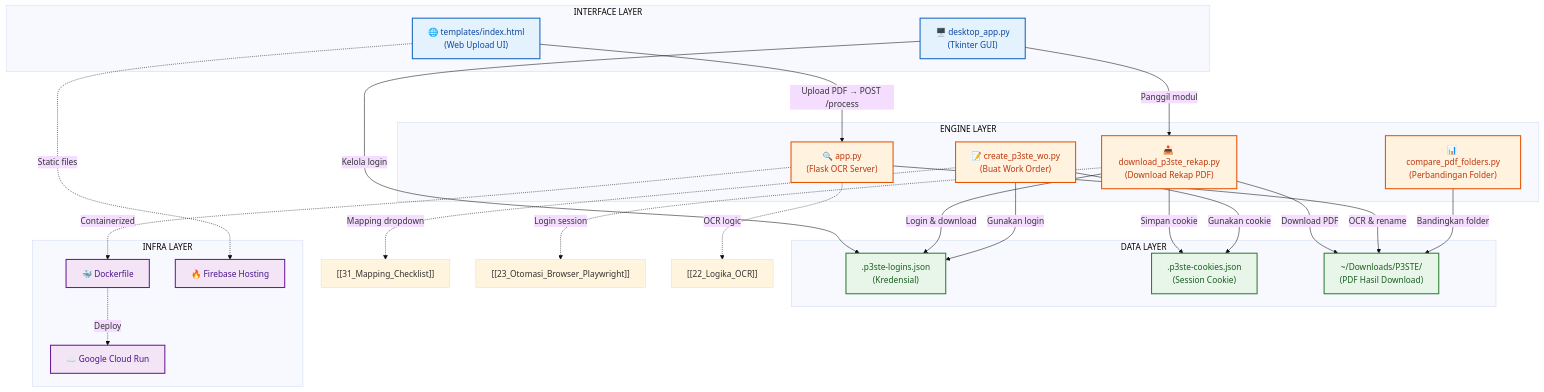
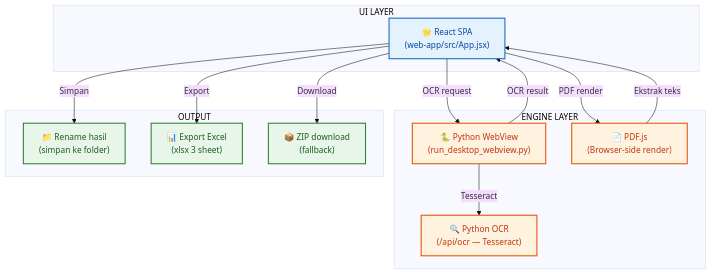
The diagram in notes/00_Dashboard.md (pangjaw/ganti-nama-app), drawn with Mermaid (base theme) before and after one commit. The commit also changed other lines of this file and 131 other files, not shown here.

````diff
--- a/notes/00_Dashboard.md
+++ b/notes/00_Dashboard.md
@@ -35,55 +36,31 @@
 ```mermaid
 graph TD
     classDef ui fill:#e3f2fd,stroke:#1565c0,stroke-width:2px,color:#0d47a1;
     classDef engine fill:#fff3e0,stroke:#e65100,stroke-width:2px,color:#bf360c;
-    classDef data fill:#e8f5e9,stroke:#2e7d32,stroke-width:2px,color:#1b5e20;
-    classDef infra fill:#f3e5f5,stroke:#6a1b9a,stroke-width:2px,color:#4a148c;
+    classDef infra fill:#e8f5e9,stroke:#2e7d32,stroke-width:2px,color:#1b5e20;
 
-    subgraph "INTERFACE LAYER"
-        A["🖥️ desktop_app.py<br/>(Tkinter GUI)"]:::ui
-        B["🌐 templates/index.html<br/>(Web Upload UI)"]:::ui
+    subgraph "UI LAYER"
+        A["🌟 React SPA<br/>(web-app/src/App.jsx)"]:::ui
     end
 
     subgraph "ENGINE LAYER"
-        C["📥 download_p3ste_rekap.py<br/>(Download Rekap PDF)"]:::engine
-        D["📝 create_p3ste_wo.py<br/>(Buat Work Order)"]:::engine
-        E["🔍 app.py<br/>(Flask OCR Server)"]:::engine
-        F["📊 compare_pdf_folders.py<br/>(Perbandingan Folder)"]:::engine
+        B["🐍 Python WebView<br/>(run_desktop_webview.py)"]:::engine
+        C["🔍 Python OCR<br/>(/api/ocr — Tesseract)"]:::engine
+        D["📄 PDF.js<br/>(Browser-side render)"]:::engine
     end
 
-    subgraph "DATA LAYER"
-        G[".p3ste-logins.json<br/>(Kredensial)"]:::data
-        H[".p3ste-cookies.json<br/>(Session Cookie)"]:::data
-        I["~/Downloads/P3STE/<br/>(PDF Hasil Download)"]:::data
+    subgraph "OUTPUT"
+        E["📁 Rename hasil<br/>(simpan ke folder)"]:::infra
+        F["📊 Export Excel<br/>(xlsx 3 sheet)"]:::infra
+        G["📦 ZIP download<br/>(fallback)"]:::infra
     end
 
-    subgraph "INFRA LAYER"
-        J["🐳 Dockerfile"]:::infra
-        K["☁️ Google Cloud Run"]:::infra
-        L["🔥 Firebase Hosting"]:::infra
-    end
-
-    %% Interface → Engine
-    A -->|"Panggil modul"| C
-    A -->|"Kelola login"| G
-    B -->|"Upload PDF → POST /process"| E
-
-    %% Engine → Data
-    C -->|"Login & download"| G
-    C -->|"Simpan cookie"| H
-    C -->|"Download PDF"| I
-    D -->|"Gunakan login"| G
-    D -->|"Gunakan cookie"| H
-    E -->|"OCR & rename"| I
-    F -->|"Bandingkan folder"| I
-
-    %% Engine → Infra
-    E -.->|"Containerized"| J
-    J -.->|"Deploy"| K
-    B -.->|"Static files"| L
-
-    %% Cross-link
-    D -.->|"Mapping dropdown"| M["[[31_Mapping_Checklist]]"]
-    C -.->|"Login session"| N["[[23_Otomasi_Browser_Playwright]]"]
-    E -.->|"OCR logic"| O["[[22_Logika_OCR]]"]
+    A -->|"OCR request"| B
+    A -->|"PDF render"| D
+    B -->|"Tesseract"| C
+    D -->|"Ekstrak teks"| A
+    B -->|"OCR result"| A
+    A -->|"Simpan"| E
+    A -->|"Export"| F
+    A -->|"Download"| G
 ```
````
